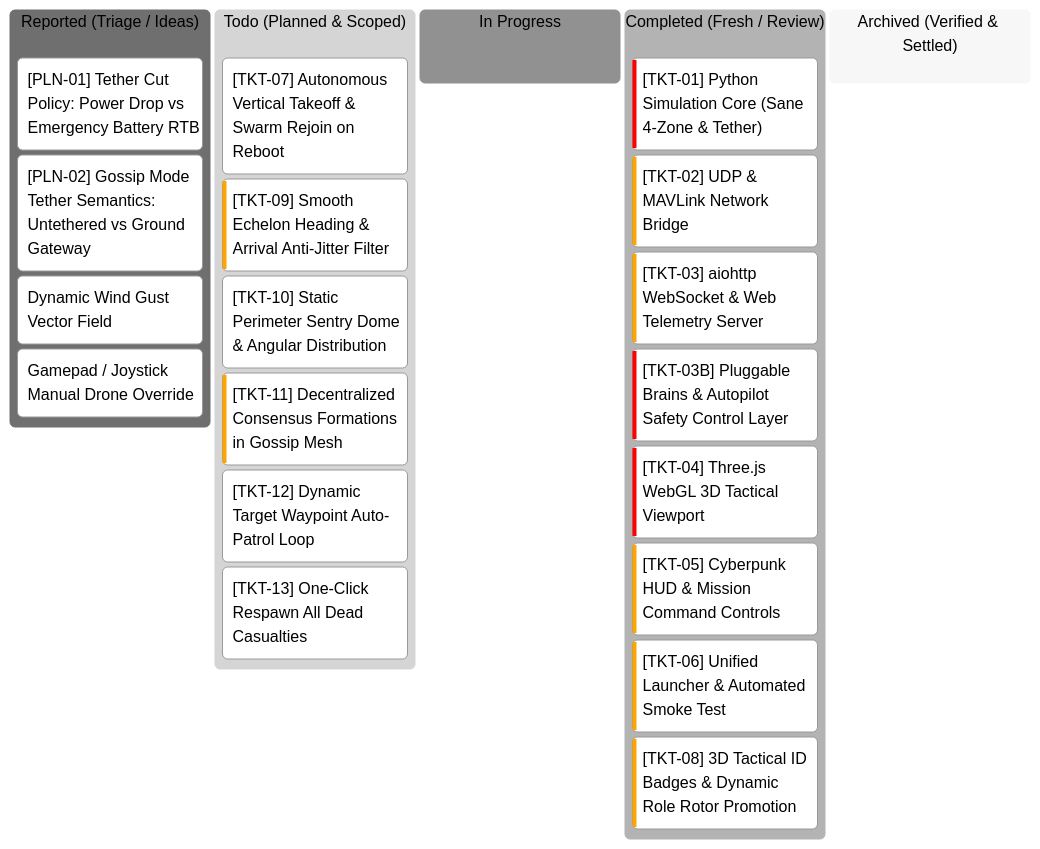
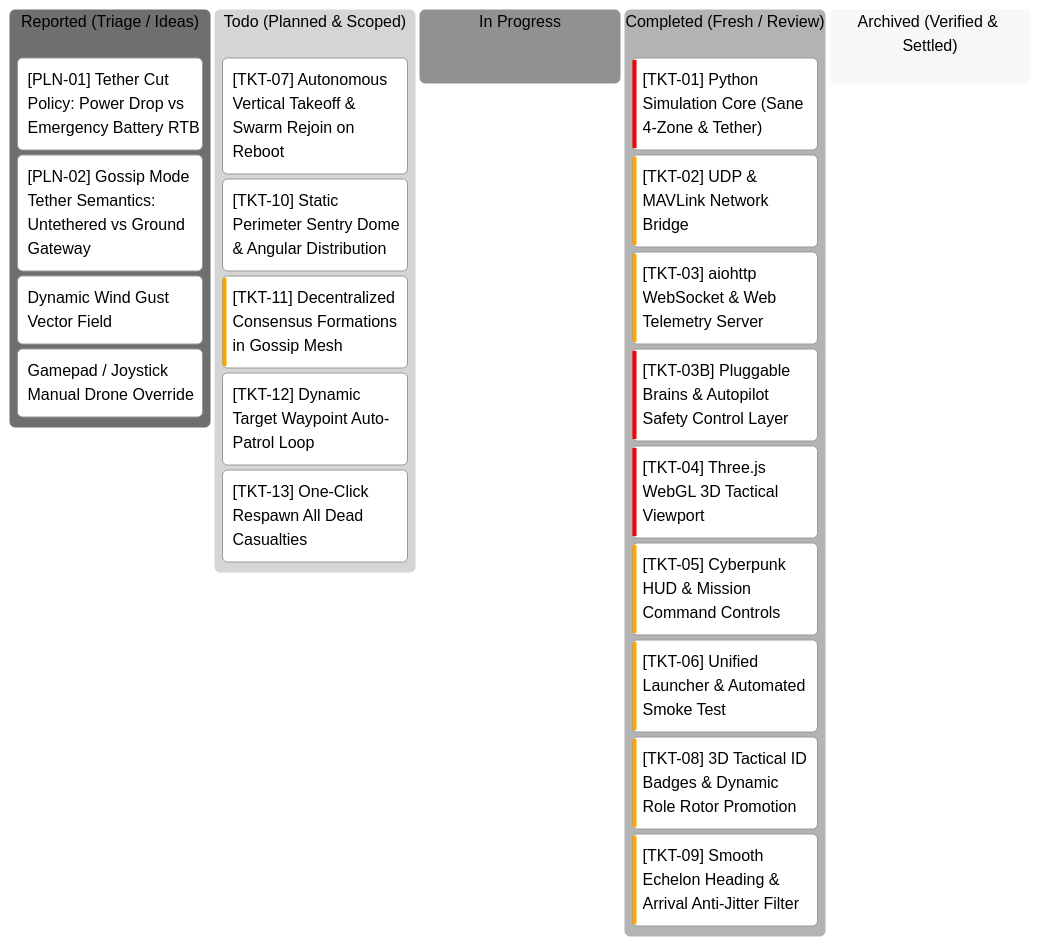
One commit to AlitheiaDeus/SwarmTech_v3-Uprising changed the diagram in kanban.md. Above: the diagram before and after it, drawn with Mermaid (neutral theme). The commit also changed other lines of this file and 3 other files, not shown here.

Commit message:
feat(guidance): implement smooth echelon heading, anti-jitter freeze and arrival deadband [TKT-09]

````diff
--- a/kanban.md
+++ b/kanban.md
@@ -7,26 +7,26 @@
 ```mermaid
 kanban
   reported["Reported (Triage / Ideas)"]
     pln1["[PLN-01] Tether Cut Policy: Power Drop vs Emergency Battery RTB"]
     pln2["[PLN-02] Gossip Mode Tether Semantics: Untethered vs Ground Gateway"]
     idea1["Dynamic Wind Gust Vector Field"]
     idea2["Gamepad / Joystick Manual Drone Override"]
   todo["Todo (Planned & Scoped)"]
     tkt7["[TKT-07] Autonomous Vertical Takeoff & Swarm Rejoin on Reboot"]@{ priority: 'Medium' }
-    tkt9["[TKT-09] Smooth Echelon Heading & Arrival Anti-Jitter Filter"]@{ priority: 'High' }
     tkt10["[TKT-10] Static Perimeter Sentry Dome & Angular Distribution"]@{ priority: 'Medium' }
     tkt11["[TKT-11] Decentralized Consensus Formations in Gossip Mesh"]@{ priority: 'High' }
     tkt12["[TKT-12] Dynamic Target Waypoint Auto-Patrol Loop"]@{ priority: 'Medium' }
     tkt13["[TKT-13] One-Click Respawn All Dead Casualties"]@{ priority: 'Medium' }
   in_progress["In Progress"]
   completed["Completed (Fresh / Review)"]
     tkt1["[TKT-01] Python Simulation Core (Sane 4-Zone & Tether)"]@{ priority: 'Very High' }
     tkt2["[TKT-02] UDP & MAVLink Network Bridge"]@{ priority: 'High' }
     tkt3["[TKT-03] aiohttp WebSocket & Web Telemetry Server"]@{ priority: 'High' }
     tkt3b["[TKT-03B] Pluggable Brains & Autopilot Safety Control Layer"]@{ priority: 'Very High' }
     tkt4["[TKT-04] Three.js WebGL 3D Tactical Viewport"]@{ priority: 'Very High' }
     tkt5["[TKT-05] Cyberpunk HUD & Mission Command Controls"]@{ priority: 'High' }
     tkt6["[TKT-06] Unified Launcher & Automated Smoke Test"]@{ priority: 'High' }
     tkt8["[TKT-08] 3D Tactical ID Badges & Dynamic Role Rotor Promotion"]@{ priority: 'High' }
+    tkt9["[TKT-09] Smooth Echelon Heading & Arrival Anti-Jitter Filter"]@{ priority: 'High' }
   archived["Archived (Verified & Settled)"]
 ```
````
